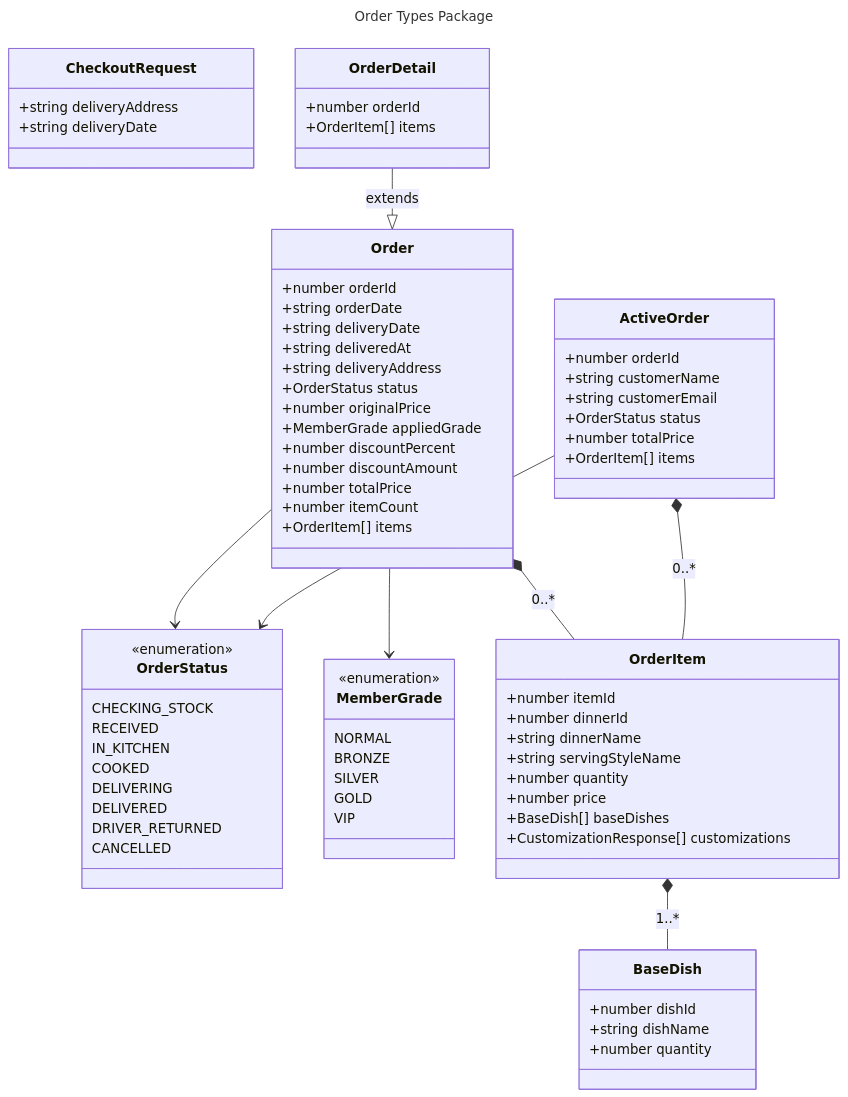
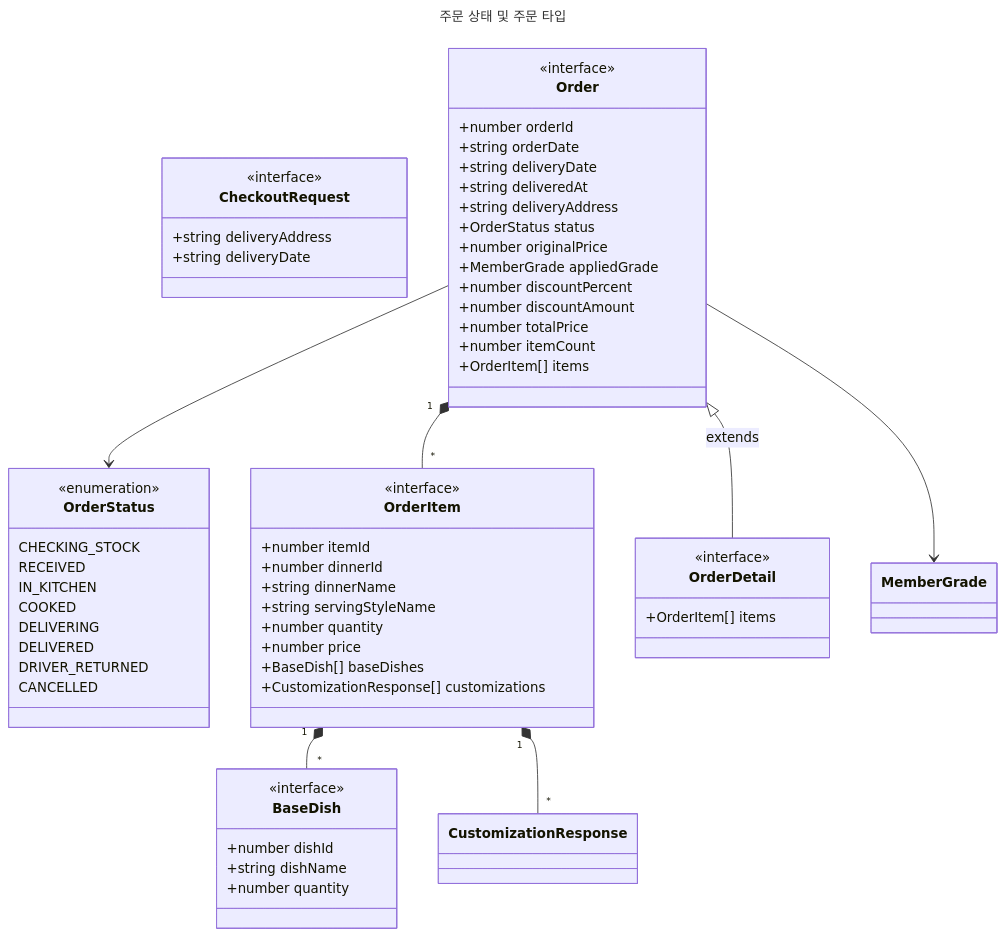
One commit to Ddogan-zip/ddoganzip-frontend changed the fifth of 15 diagrams in docs/class-diagram.md. Above: the diagram before and after it, drawn with Mermaid. The commit also changed other lines of this file, not shown here.

Commit message:
Update class diagram with voice ordering system

````diff
--- a/docs/class-diagram.md
+++ b/docs/class-diagram.md
@@ -953,6 +248,6 @@
 ```mermaid
 ---
-title: Order Types Package
+title: 주문 상태 및 주문 타입
 ---
 classDiagram
     direction TB
@@ -969,27 +264,21 @@
         CANCELLED
     }
 
-    class MemberGrade {
-        <<enumeration>>
-        NORMAL
-        BRONZE
-        SILVER
-        GOLD
-        VIP
-    }
-
     class CheckoutRequest {
+        <<interface>>
         +string deliveryAddress
         +string deliveryDate
     }
 
     class BaseDish {
+        <<interface>>
         +number dishId
         +string dishName
         +number quantity
     }
 
     class OrderItem {
+        <<interface>>
         +number itemId
         +number dinnerId
         +string dinnerName
@@ -1001,6 +290,7 @@
     }
 
     class Order {
+        <<interface>>
         +number orderId
         +string orderDate
         +string deliveryDate
@@ -1017,24 +307,14 @@
     }
 
     class OrderDetail {
-        +number orderId
+        <<interface>>
         +OrderItem[] items
     }
 
-    class ActiveOrder {
-        +number orderId
-        +string customerName
-        +string customerEmail
-        +OrderStatus status
-        +number totalPrice
-        +OrderItem[] items
-    }
-
-    OrderItem *-- BaseDish : 1..*
-    Order *-- OrderItem : 0..*
     Order --> OrderStatus
     Order --> MemberGrade
-    OrderDetail --|> Order : extends
-    ActiveOrder --> OrderStatus
-    ActiveOrder *-- OrderItem : 0..*
+    Order "1" *-- "*" OrderItem
+    OrderItem "1" *-- "*" BaseDish
+    OrderItem "1" *-- "*" CustomizationResponse
+    Order <|-- OrderDetail : extends
 ```
````
